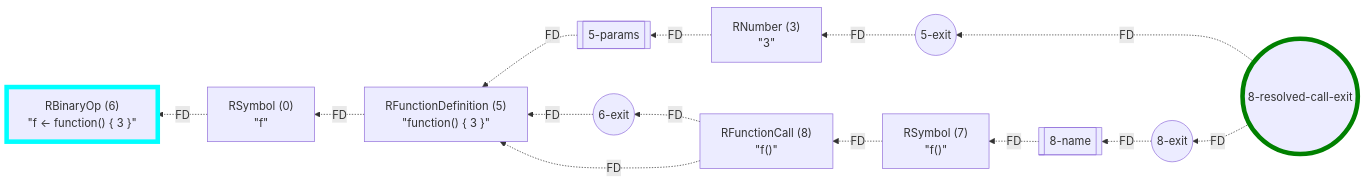
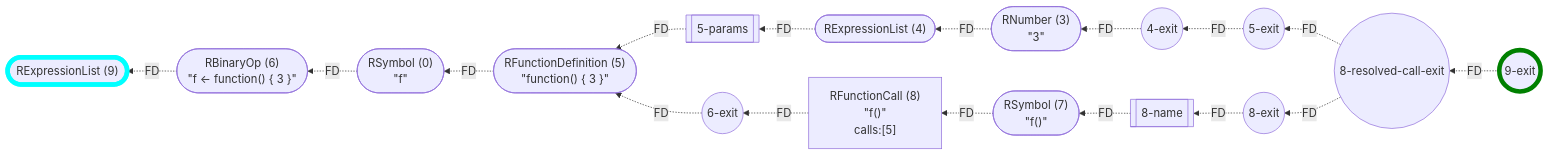
Before and after one commit to flowr-analysis/flowr: the fourth of 4 diagrams in wiki/Control Flow Graph.md, drawn with Mermaid. The commit also changed other lines of this file and 7 other files, not shown here.

Commit message:
[skip ci] doc: update generated wiki pages (wiki/Capabilities,wiki/Dataflow Graph,wiki/Search API,wiki/Interface,wiki/Control Flow Graph,wiki/Linting and Testing,wiki/Core,README)

````diff
--- a/wiki/Control Flow Graph.md
+++ b/wiki/Control Flow Graph.md
@@ -171,35 +202,43 @@
 ```mermaid
 flowchart RL
-    n0["`RSymbol (0)
-#34;f#34;`"]
+    n9(["`RExpressionList (9)`"])
+    n0(["`RSymbol (0)
+#34;f#34;`"])
     n5-params[[5-params]]
     n5-exit((5-exit))
-    n5["`RFunctionDefinition (5)
-#34;function() #123; 3 #125;#34;`"]
-    n3["`RNumber (3)
-#34;3#34;`"]
-    n6["`RBinaryOp (6)
-#34;f #60;#45; function() #123; 3 #125;#34;`"]
+    n5(["`RFunctionDefinition (5)
+#34;function() #123; 3 #125;#34;`"])
+    n4(["`RExpressionList (4)`"])
+    n3(["`RNumber (3)
+#34;3#34;`"])
+    n4-exit((4-exit))
+    n6(["`RBinaryOp (6)
+#34;f #60;#45; function() #123; 3 #125;#34;`"])
     n6-exit((6-exit))
-    n7["`RSymbol (7)
-#34;f()#34;`"]
+    n7(["`RSymbol (7)
+#34;f()#34;`"])
     n8["`RFunctionCall (8)
-#34;f()#34;`"]
+#34;f()#34;
+ calls:#91;5#93;`"]
     n8-name[[8-name]]
     n8-exit((8-exit))
     n8-resolved-call-exit((8-resolved-call-exit))
+    n9-exit((9-exit))
+    n6 -.->|"FD"| n9
+    n3 -.->|"FD"| n4
+    n4-exit -.->|"FD"| n3
     n5-params -.->|"FD"| n5
-    n3 -.->|"FD"| n5-params
-    n5-exit -.->|"FD"| n3
+    n4 -.->|"FD"| n5-params
+    n5-exit -.->|"FD"| n4-exit
     n5 -.->|"FD"| n0
     n0 -.->|"FD"| n6
     n6-exit -.->|"FD"| n5
     n8 -.->|"FD"| n6-exit
-    n8 -.->|"FD"| n5
     n7 -.->|"FD"| n8
     n8-name -.->|"FD"| n7
     n8-exit -.->|"FD"| n8-name
     n8-resolved-call-exit -.->|"FD"| n8-exit
     n8-resolved-call-exit -.->|"FD"| n5-exit
-    style n6 stroke:cyan,stroke-width:6.5px;    style n8-resolved-call-exit stroke:green,stroke-width:6.5px;
+    n9-exit -.->|"FD"| n8-resolved-call-exit
+    style n9 stroke:cyan,stroke-width:6.5px;    style n9-exit stroke:green,stroke-width:6.5px;
 ```
````
